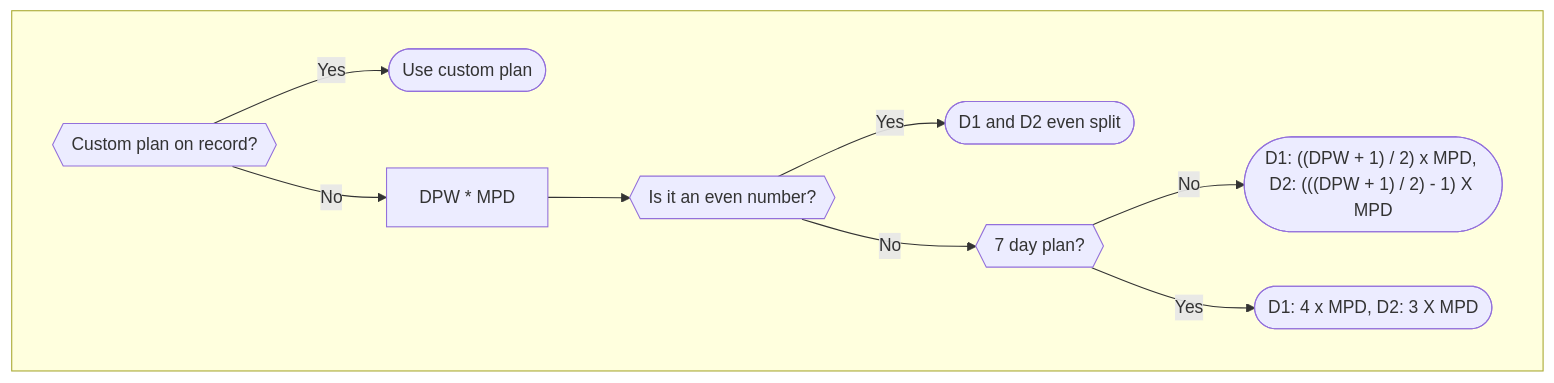
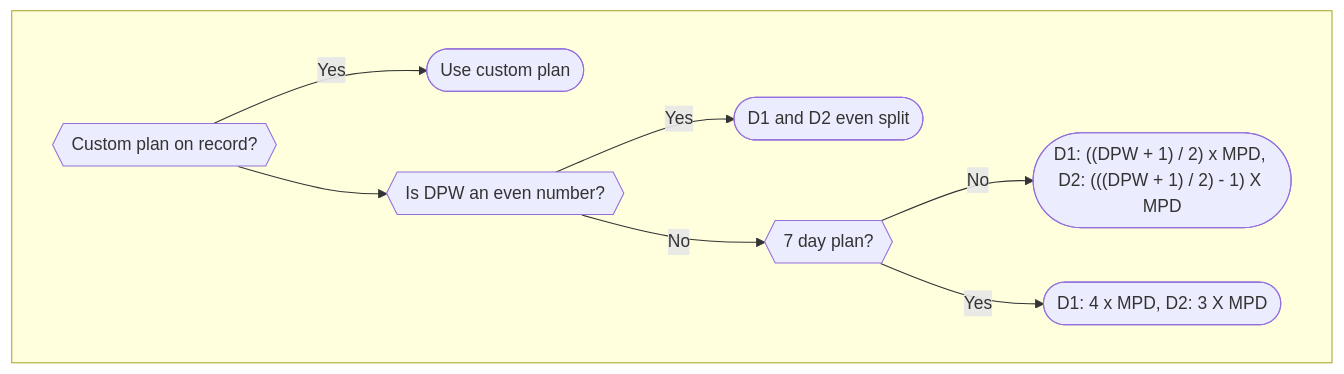
One commit to the-nutritionist-mcr/online changed the diagram in tnm-docs/docs/Application/Features/plan.md. Above: the diagram before and after it, drawn with Mermaid.

Commit message:
tweak flow

````diff
--- a/tnm-docs/docs/Application/Features/plan.md
+++ b/tnm-docs/docs/Application/Features/plan.md
@@ -33,13 +33,12 @@
 ```mermaid
 flowchart TD
     subgraph Z[" "]
         direction LR
         A{{Custom plan on record?}}-->|Yes|B([Use custom plan])
-        A-->|No|C[DPW * MPD]
-        C-->D{{Is it an even number?}}
+        A-->D{{Is DPW an even number?}}
         D-->|Yes|E([D1 and D2 even split])
         D-->|No|F{{7 day plan?}}
         F-->|No|G(["D1: ((DPW + 1) / 2) x MPD, D2: (((DPW + 1) / 2) - 1) X MPD"])
         F-->|Yes|H(["D1: 4 x MPD, D2: 3 X MPD"])
     end
 ```
````
